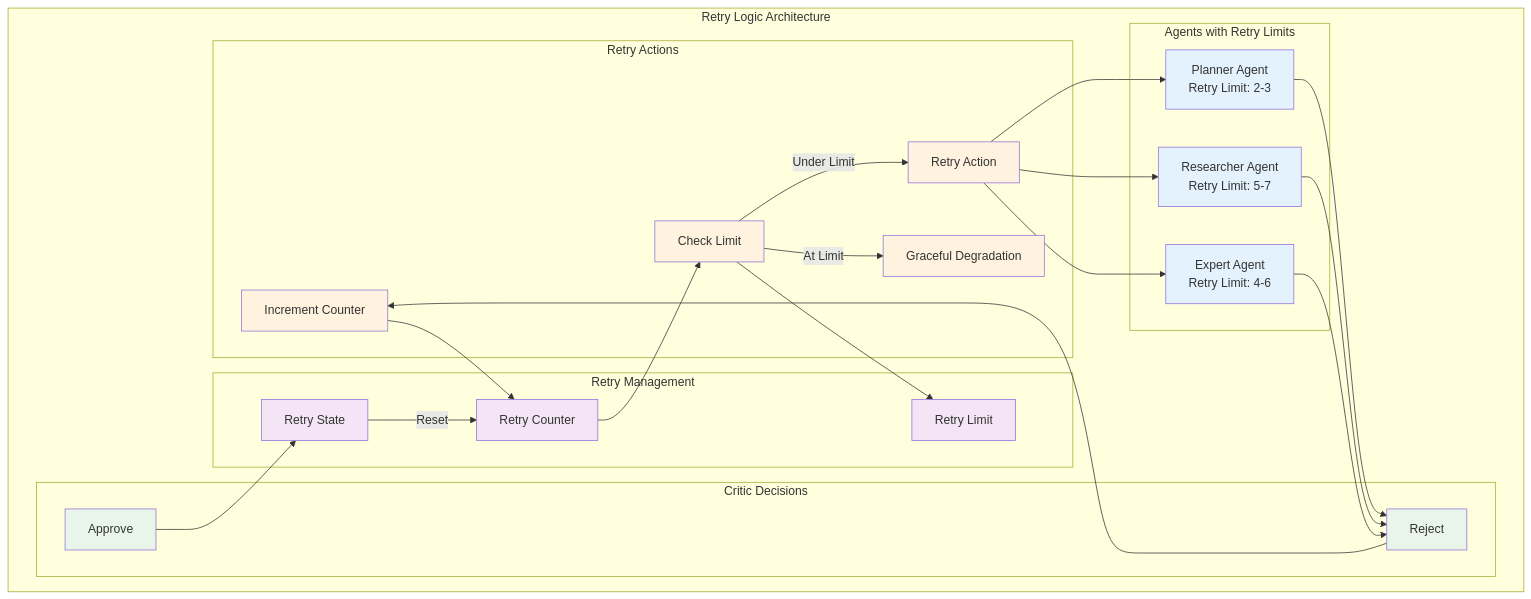
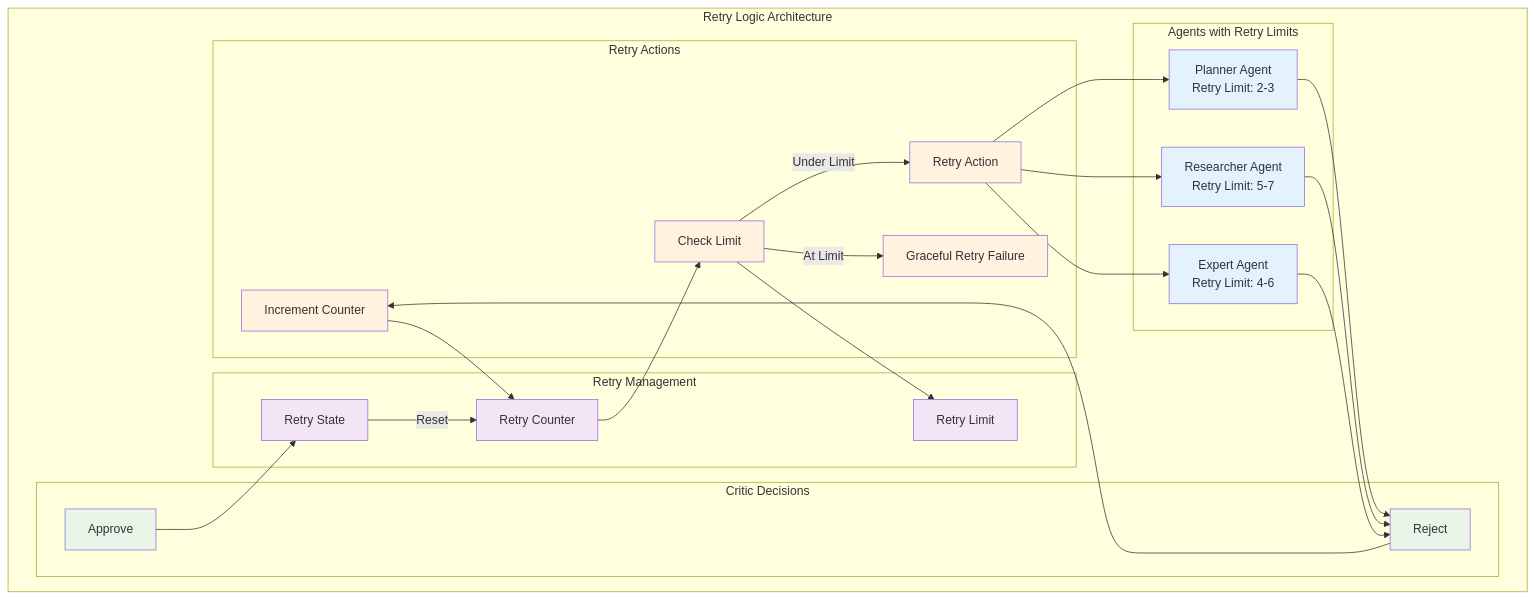
One commit to jdsham/hf-ai-agents-course changed diagram 11 of 11 in docs/src2/ARCHITECTURE.md. Above: the diagram before and after it, drawn with Mermaid. The commit also changed other lines of this file, not shown here.

Commit message:
Updated source code architecture document.

````diff
--- a/docs/src2/ARCHITECTURE.md
+++ b/docs/src2/ARCHITECTURE.md
@@ -1833,57 +1836,57 @@
 ```mermaid
 graph TB
     subgraph "Retry Logic Architecture"
         subgraph "Agents with Retry Limits"
             P[Planner Agent<br/>Retry Limit: 2-3]
             R[Researcher Agent<br/>Retry Limit: 5-7]
             E[Expert Agent<br/>Retry Limit: 4-6]
         end
         
         subgraph "Retry Management"
             RetryCounter[Retry Counter]
             RetryLimit[Retry Limit]
             RetryState[Retry State]
         end
         
         subgraph "Critic Decisions"
             Approve[Approve]
             Reject[Reject]
         end
         
         subgraph "Retry Actions"
             Increment[Increment Counter]
             CheckLimit[Check Limit]
             Retry[Retry Action]
-            Degrade[Graceful Degradation]
+            GracefulFail[Graceful Retry Failure]
         end
     end
     
     P --> Reject
     R --> Reject
     E --> Reject
     
     Reject --> Increment
     Increment --> RetryCounter
     RetryCounter --> CheckLimit
     CheckLimit --> RetryLimit
     
     CheckLimit -->|Under Limit| Retry
-    CheckLimit -->|At Limit| Degrade
+    CheckLimit -->|At Limit| GracefulFail
     
     Retry --> P
     Retry --> R
     Retry --> E
     
     Approve --> RetryState
     RetryState -->|Reset| RetryCounter
     
     classDef agent fill:#e3f2fd
     classDef retry fill:#f3e5f5
     classDef decision fill:#e8f5e8
     classDef action fill:#fff3e0
     
     class P,R,E agent
     class RetryCounter,RetryLimit,RetryState retry
     class Approve,Reject decision
-    class Increment,CheckLimit,Retry,Degrade action
+    class Increment,CheckLimit,Retry,GracefulFail action
 ```
````
